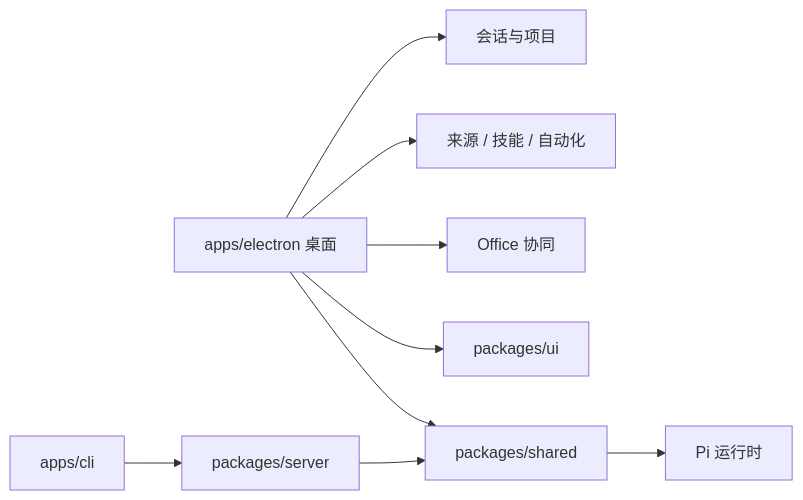
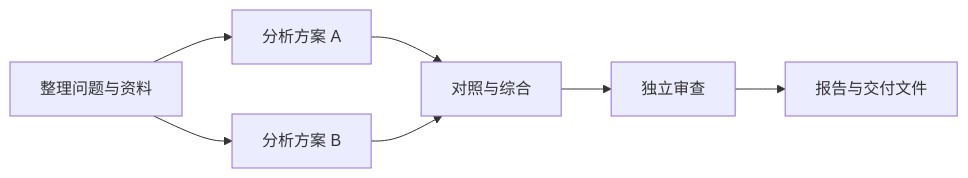
The diagram in README.md (0-CHENAI/Selection), drawn with Mermaid before and after one commit. The commit also changed other lines of this file, not shown here.

````diff
--- a/README.md
+++ b/README.md
@@ -272,21 +55,9 @@
 ```mermaid
 flowchart LR
-  desktop["apps/electron 桌面"]
-  sessions["会话与项目"]
-  sources["来源 / 技能 / 自动化"]
-  office["Office 协同"]
-  ui["packages/ui"]
-  shared["packages/shared"]
-  pi["Pi 运行时"]
-  server["packages/server"]
-  cli["apps/cli"]
-
-  desktop --> sessions
-  desktop --> sources
-  desktop --> office
-  desktop --> ui
-  desktop --> shared
-  shared --> pi
-  cli --> server
-  server --> shared
+  prepare["整理问题与资料"] --> a["分析方案 A"]
+  prepare --> b["分析方案 B"]
+  a --> compare["对照与综合"]
+  b --> compare
+  compare --> review["独立审查"]
+  review --> deliver["报告与交付文件"]
 ```
````
